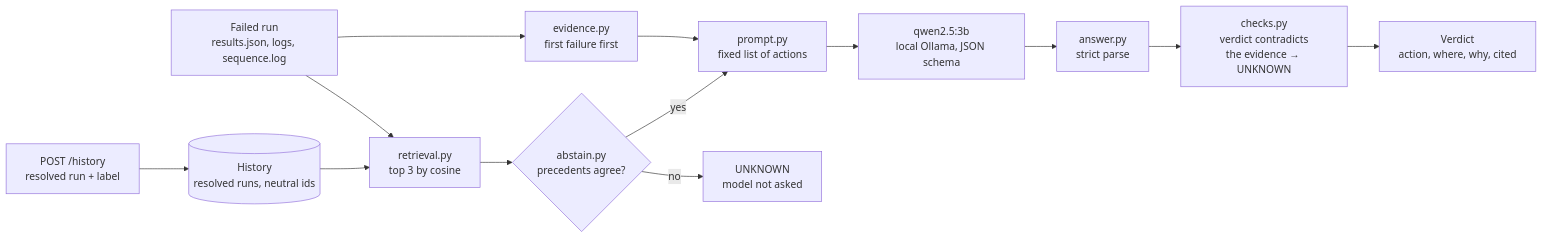
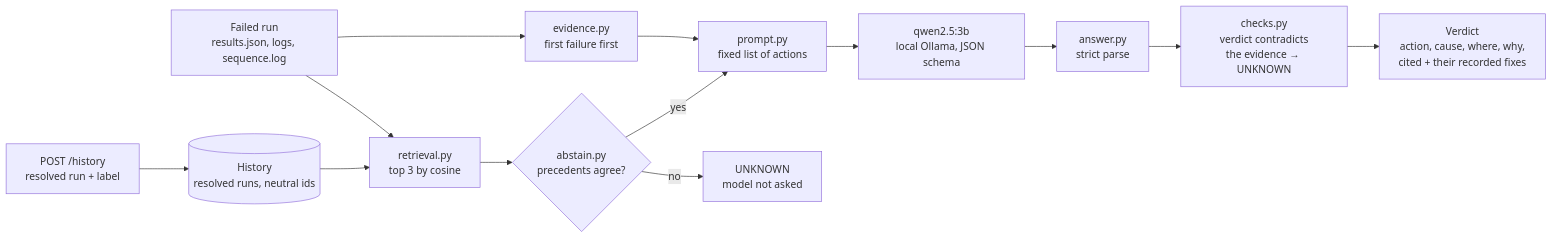
Before and after one commit to kaustubhagarwal18/virtual-rf-testbench: the fifth of 6 diagrams in docs/ARCHITECTURE.md, drawn with Mermaid. The commit also changed 18 other files, not shown here.

````diff
--- a/docs/ARCHITECTURE.md
+++ b/docs/ARCHITECTURE.md
@@ -212,15 +212,15 @@
 ```mermaid
 flowchart LR
     run["Failed run<br/>results.json, logs, sequence.log"] --> ev["evidence.py<br/>first failure first"]
     hist[("History<br/>resolved runs, neutral ids")] --> ret["retrieval.py<br/>top 3 by cosine"]
     run --> ret
     ev --> pr["prompt.py<br/>fixed list of actions"]
     ret --> gate{"abstain.py<br/>precedents agree?"}
     gate -- yes --> pr
     gate -- no --> unk["UNKNOWN<br/>model not asked"]
     pr --> llm["qwen2.5:3b<br/>local Ollama, JSON schema"]
     llm --> an["answer.py<br/>strict parse"]
     an --> chk["checks.py<br/>verdict contradicts<br/>the evidence → UNKNOWN"]
-    chk --> verdict["Verdict<br/>action, where, why, cited"]
+    chk --> verdict["Verdict<br/>action, cause, where, why,<br/>cited + their recorded fixes"]
     api["POST /history<br/>resolved run + label"] --> hist
 ```
````
